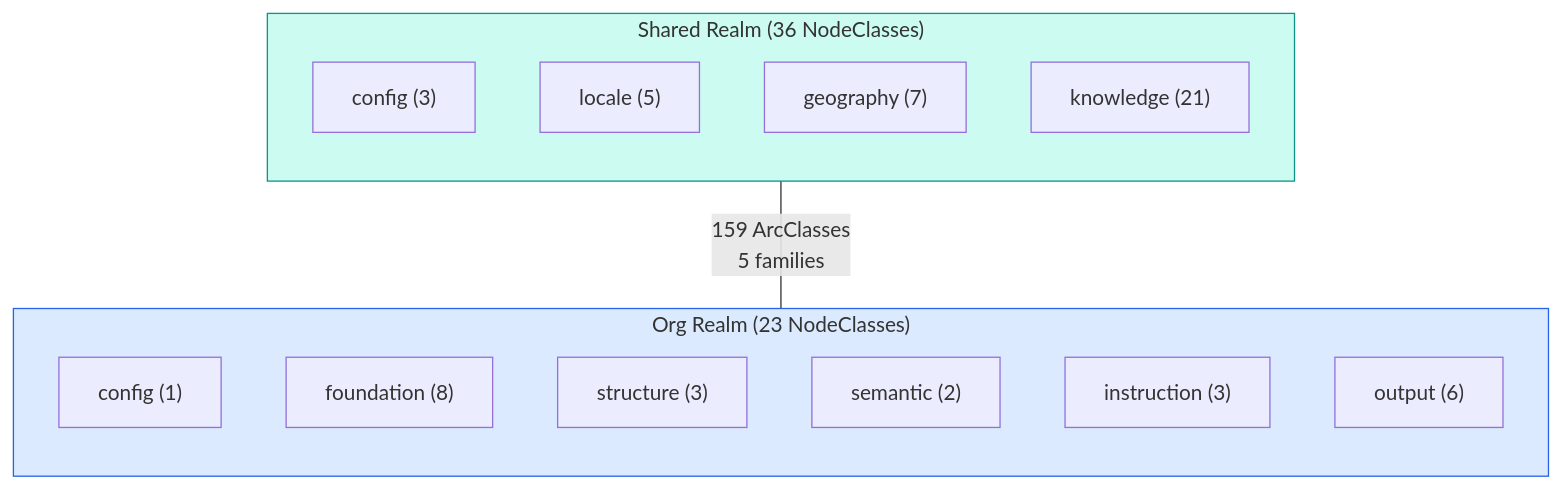
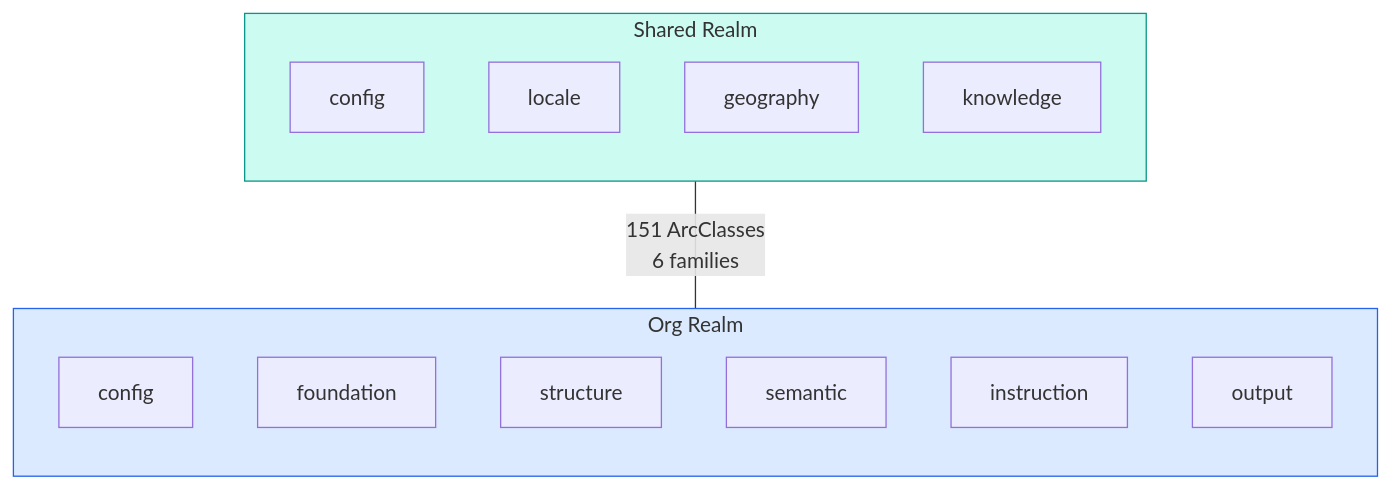
The fifth of 6 diagrams in tools/nika/docs/brainstorm/nika-evolution/01-current-features.md (supernovae-st/nika), drawn with Mermaid before and after one commit. The commit also changed other lines of this file and 35 other files, not shown here.

````diff
--- a/tools/nika/docs/brainstorm/nika-evolution/01-current-features.md
+++ b/tools/nika/docs/brainstorm/nika-evolution/01-current-features.md
@@ -355,25 +564,25 @@
 ```mermaid
 flowchart TB
-    subgraph SHARED["Shared Realm (36 NodeClasses)"]
+    subgraph SHARED["Shared Realm"]
         direction TB
-        SC["config (3)"]
-        SL["locale (5)"]
-        SG["geography (7)"]
-        SK["knowledge (21)"]
+        SC["config"]
+        SL["locale"]
+        SG["geography"]
+        SK["knowledge"]
     end
 
-    subgraph ORG["Org Realm (23 NodeClasses)"]
+    subgraph ORG["Org Realm"]
         direction TB
-        OC["config (1)"]
-        OF["foundation (8)"]
-        OS["structure (3)"]
-        OSE["semantic (2)"]
-        OI["instruction (3)"]
-        OO["output (6)"]
+        OC["config"]
+        OF["foundation"]
+        OS["structure"]
+        OSE["semantic"]
+        OI["instruction"]
+        OO["output"]
     end
 
-    SHARED ---|"159 ArcClasses\n5 families"| ORG
+    SHARED ---|"151 ArcClasses\n6 families"| ORG
 
     style SHARED fill:#ccfbf1,stroke:#0d9488
     style ORG fill:#dbeafe,stroke:#2563eb
 ```
````
